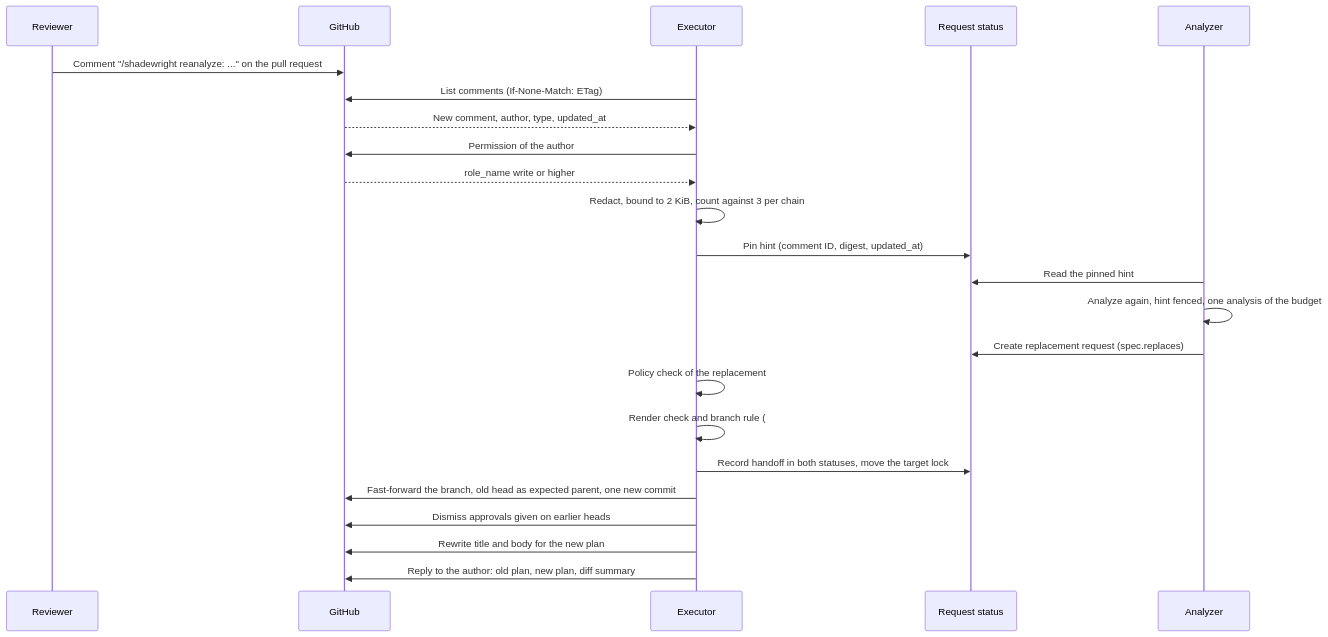
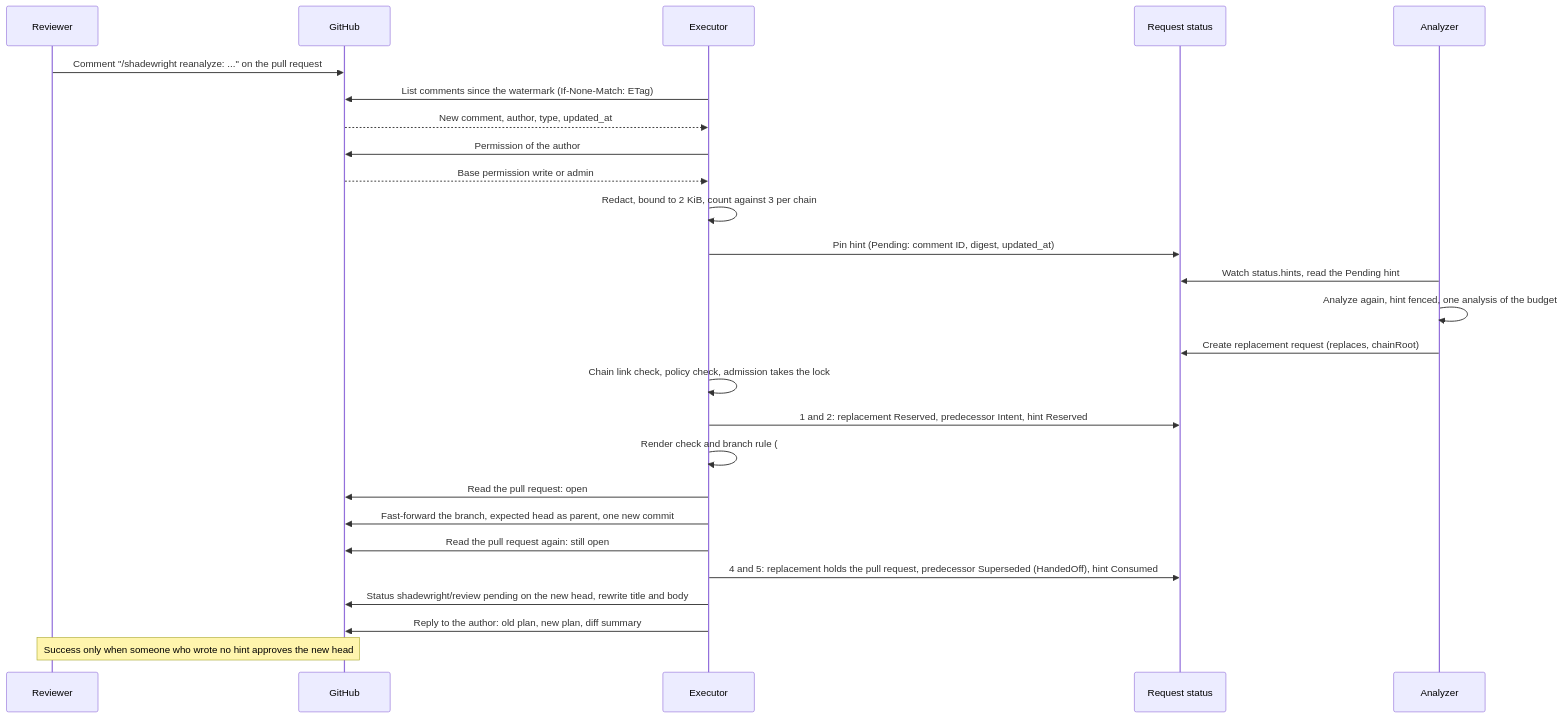
Before and after one commit to pkalin/shadewright: the first of 3 diagrams in docs/adr/0028-reviewer-hints-through-the-pull-request.md, drawn with Mermaid. The commit also changed other lines of this file and 8 other files, not shown here.

First line of the commit message:
docs(adr): add the merge gate, a recoverable handoff and the review fixes to ADR-0028

````diff
--- a/docs/adr/0028-reviewer-hints-through-the-pull-request.md
+++ b/docs/adr/0028-reviewer-hints-through-the-pull-request.md
@@ -103,25 +128,28 @@
 ```mermaid
 sequenceDiagram
     participant R as Reviewer
     participant G as GitHub
     participant E as Executor
     participant S as Request status
     participant A as Analyzer
     R->>G: Comment "/shadewright reanalyze: ..." on the pull request
-    E->>G: List comments (If-None-Match: ETag)
+    E->>G: List comments since the watermark (If-None-Match: ETag)
     G-->>E: New comment, author, type, updated_at
     E->>G: Permission of the author
-    G-->>E: role_name write or higher
+    G-->>E: Base permission write or admin
     E->>E: Redact, bound to 2 KiB, count against 3 per chain
-    E->>S: Pin hint (comment ID, digest, updated_at)
-    A->>S: Read the pinned hint
+    E->>S: Pin hint (Pending: comment ID, digest, updated_at)
+    A->>S: Watch status.hints, read the Pending hint
     A->>A: Analyze again, hint fenced, one analysis of the budget
-    A->>S: Create replacement request (spec.replaces)
-    E->>E: Policy check of the replacement
+    A->>S: Create replacement request (replaces, chainRoot)
+    E->>E: Chain link check, policy check, admission takes the lock
+    E->>S: 1 and 2: replacement Reserved, predecessor Intent, hint Reserved
     E->>E: Render check and branch rule (#524)
-    E->>S: Record handoff in both statuses, move the target lock
-    E->>G: Fast-forward the branch, old head as expected parent, one new commit
-    E->>G: Dismiss approvals given on earlier heads
-    E->>G: Rewrite title and body for the new plan
+    E->>G: Read the pull request: open
+    E->>G: Fast-forward the branch, expected head as parent, one new commit
+    E->>G: Read the pull request again: still open
+    E->>S: 4 and 5: replacement holds the pull request, predecessor Superseded (HandedOff), hint Consumed
+    E->>G: Status shadewright/review pending on the new head, rewrite title and body
     E->>G: Reply to the author: old plan, new plan, diff summary
+    Note over R,G: Success only when someone who wrote no hint approves the new head
 ```
````
